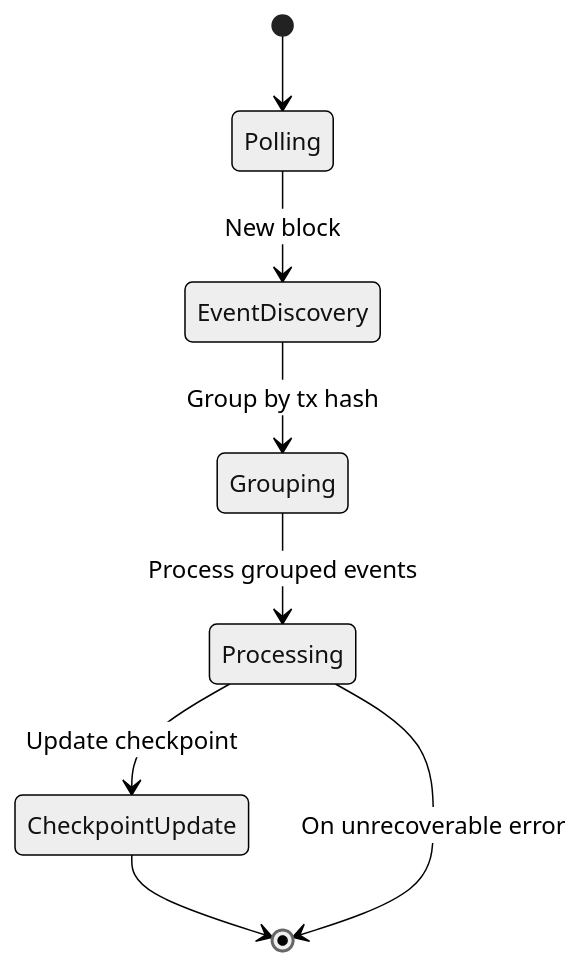
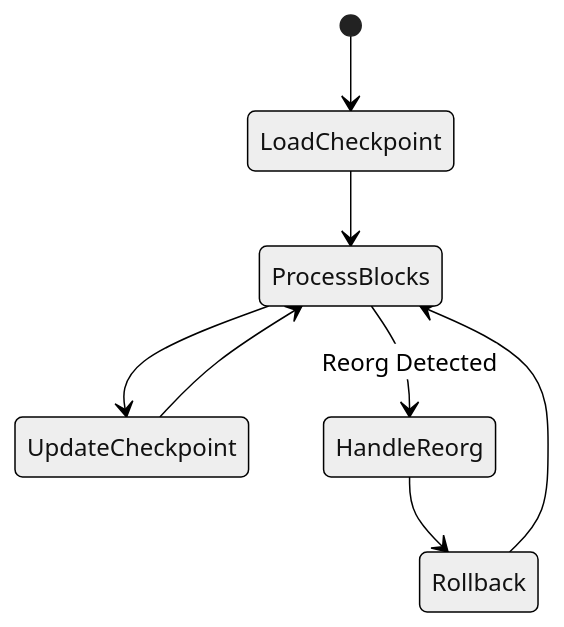
One commit to ScopeLift/staker-bots changed the fifth of 7 diagrams in src/monitor/README.md. Above: the diagram before and after it, drawn with Mermaid (neutral theme). The commit also changed other lines of this file and 11 other files, not shown here.

````diff
--- a/src/monitor/README.md
+++ b/src/monitor/README.md
@@ -9,10 +212,11 @@
 ```mermaid
 stateDiagram-v2
-    [*] --> Polling
-    Polling --> EventDiscovery: New block
-    EventDiscovery --> Grouping: Group by tx hash
-    Grouping --> Processing: Process grouped events
-    Processing --> CheckpointUpdate: Update checkpoint
-    CheckpointUpdate --> [*]
-    Processing --> [*]: On unrecoverable error
+    [*] --> LoadCheckpoint
+    LoadCheckpoint --> ProcessBlocks
+    ProcessBlocks --> UpdateCheckpoint
+    UpdateCheckpoint --> ProcessBlocks
+    
+    ProcessBlocks --> HandleReorg: Reorg Detected
+    HandleReorg --> Rollback
+    Rollback --> ProcessBlocks
 ```
````
